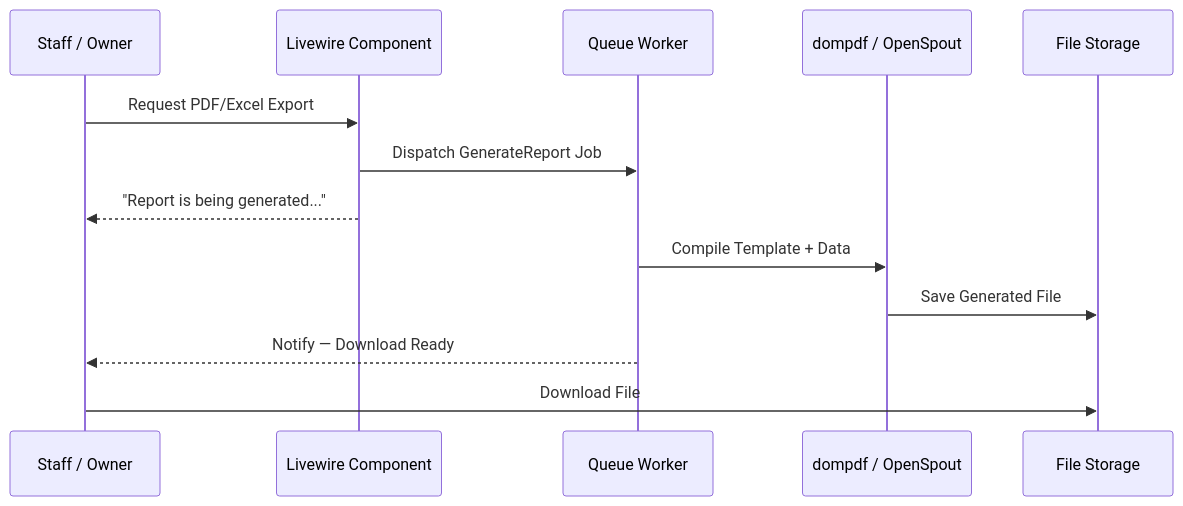
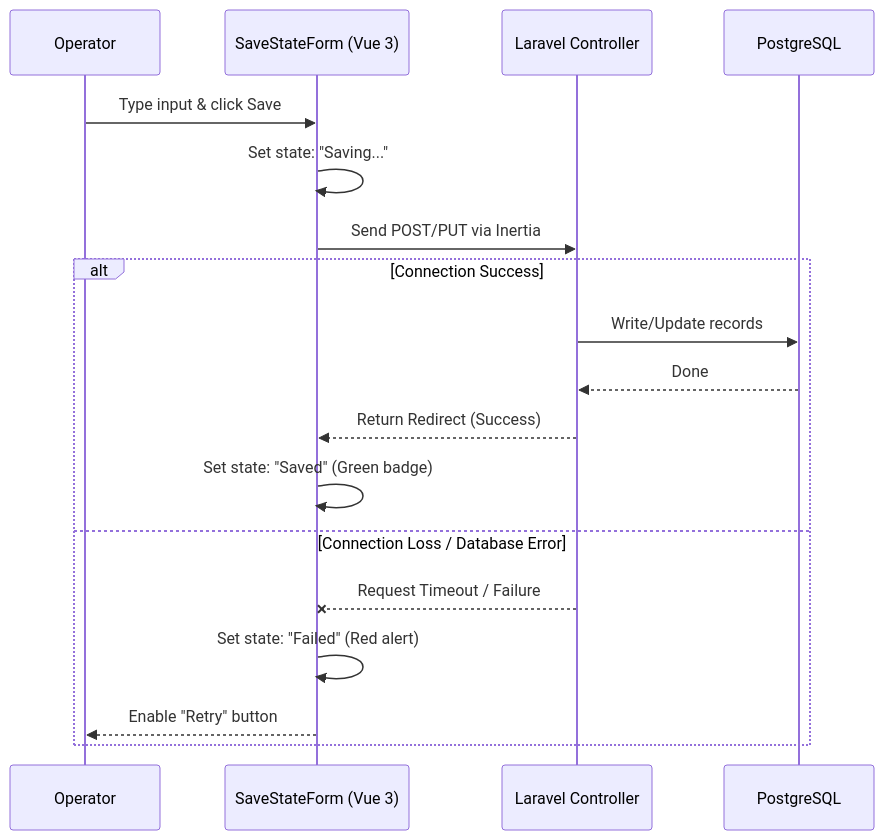
One commit to Antonyo27/My-Projects changed the fourth of 5 diagrams in projects/Corporate Egg Production and Delivery Business/architecture/architecture.md. Above: the diagram before and after it, drawn with Mermaid. The commit also changed other lines of this file and 27 other files, not shown here.

Commit message:
Update Corporate Egg Production portfolio to Laravel 13 + Inertia + Vue 3 stack and regenerate sanitized screenshots

````diff
--- a/projects/Corporate Egg Production and Delivery Business/architecture/architecture.md
+++ b/projects/Corporate Egg Production and Delivery Business/architecture/architecture.md
@@ -117,16 +100,21 @@
 ```mermaid
 sequenceDiagram
-    participant User as Staff / Owner
-    participant Livewire as Livewire Component
-    participant Queue as Queue Worker
-    participant PDF as dompdf / OpenSpout
-    participant Storage as File Storage
+    participant User as Operator
+    participant Vue as SaveStateForm (Vue 3)
+    participant Server as Laravel Controller
+    participant DB as PostgreSQL
 
-    User->>Livewire: Request PDF/Excel Export
-    Livewire->>Queue: Dispatch GenerateReport Job
-    Livewire-->>User: "Report is being generated..."
-    Queue->>PDF: Compile Template + Data
-    PDF->>Storage: Save Generated File
-    Queue-->>User: Notify — Download Ready
-    User->>Storage: Download File
+    User->>Vue: Type input & click Save
+    Vue->>Vue: Set state: "Saving..."
+    Vue->>Server: Send POST/PUT via Inertia
+    alt Connection Success
+        Server->>DB: Write/Update records
+        DB-->>Server: Done
+        Server-->>Vue: Return Redirect (Success)
+        Vue->>Vue: Set state: "Saved" (Green badge)
+    else Connection Loss / Database Error
+        Server--xVue: Request Timeout / Failure
+        Vue->>Vue: Set state: "Failed" (Red alert)
+        Vue-->>User: Enable "Retry" button
+    end
 ```
````
